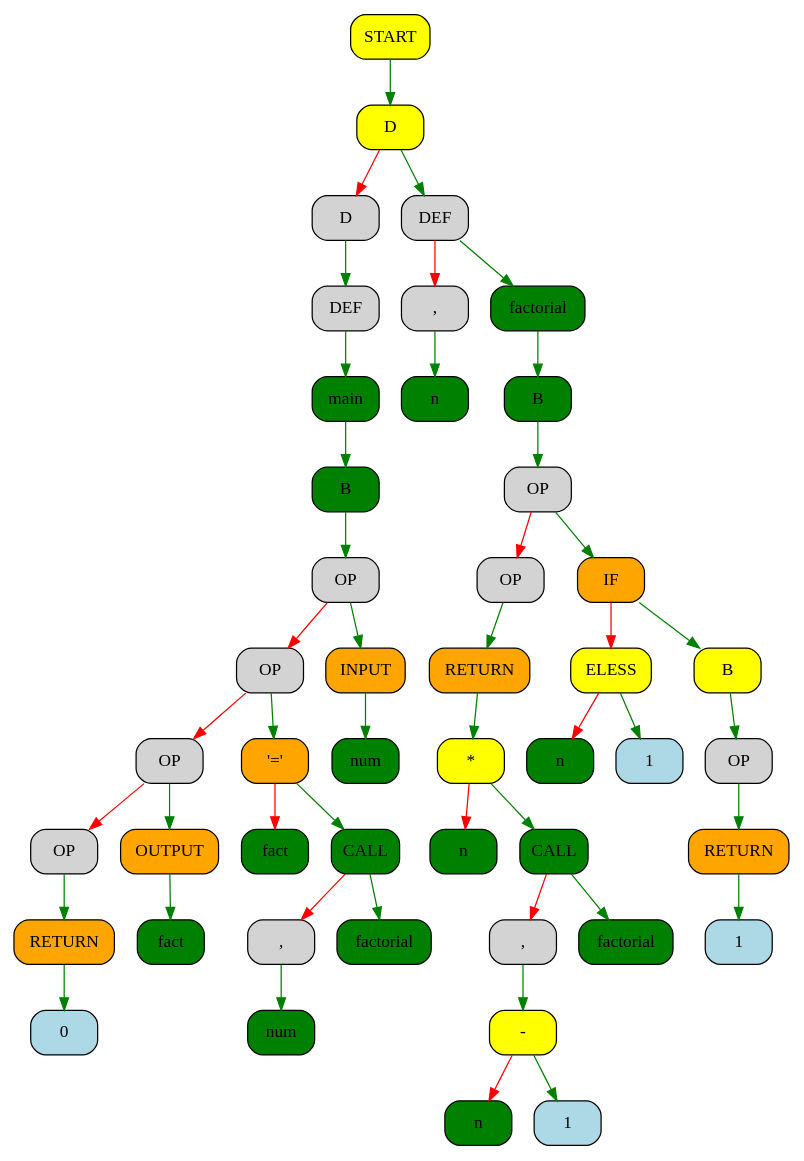
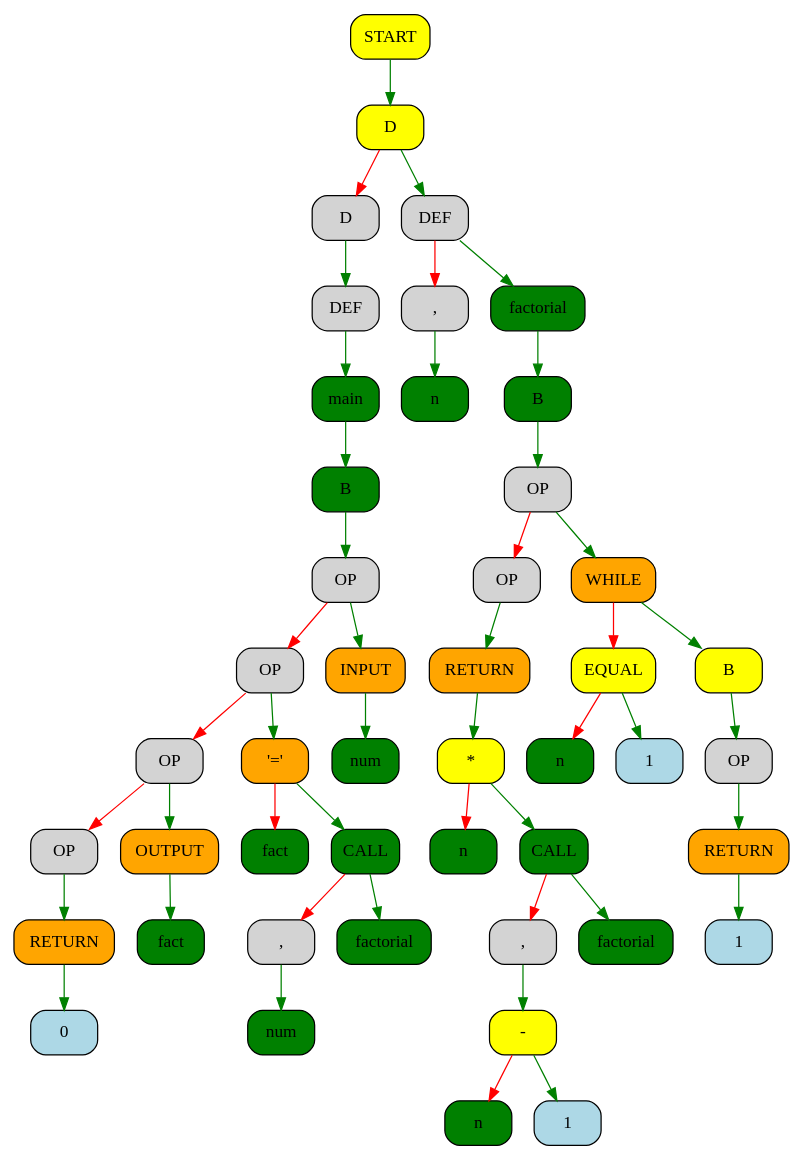
The diagram in equation_print.gv (kostya2709/New_Roman), drawn with Graphviz before and after one commit. The commit also changed 16 other files, not shown here.

```diff
--- a/equation_print.gv
+++ b/equation_print.gv
@@ -1,94 +1,94 @@
 digraph First{
 node [shape="Mrecord", style="filled", fillcolor="lightblue"];
-"box1c5c2550" [fillcolor="yellow",label="START"];
-"box1c5c35d0" [fillcolor="yellow",label="D"];
-"box1c5c2550" -> "box1c5c35d0"[color="green"];
-"box1c5c4240" [fillcolor="",label="D"];
-"box1c5c35d0" -> "box1c5c4240"[color="red"];
-"box1c5c4aa0" [fillcolor="",label="DEF"];
-"box1c5c4240" -> "box1c5c4aa0"[color="green"];
-"box1c5c5300" [fillcolor="green",label="main"];
-"box1c5c4aa0" -> "box1c5c5300"[color="green"];
-"box1c5c5b60" [fillcolor="green",label="B"];
-"box1c5c5300" -> "box1c5c5b60"[color="green"];
-"box1c5c63c0" [fillcolor="",label="OP"];
-"box1c5c5b60" -> "box1c5c63c0"[color="green"];
-"box1c5c6810" [fillcolor="",label="OP"];
-"box1c5c63c0" -> "box1c5c6810"[color="red"];
-"box1c5c6c60" [fillcolor="",label="OP"];
-"box1c5c6810" -> "box1c5c6c60"[color="red"];
-"box1c5c70b0" [fillcolor="",label="OP"];
-"box1c5c6c60" -> "box1c5c70b0"[color="red"];
-"box1c5c7910" [fillcolor="orange",label="RETURN"];
-"box1c5c70b0" -> "box1c5c7910"[color="green"];
-"box1c5c8170" [label="0"];
-"box1c5c7910" -> "box1c5c8170"[color="green"];
-"box1c5c9600" [fillcolor="orange",label="OUTPUT"];
-"box1c5c6c60" -> "box1c5c9600"[color="green"];
-"box1c5c9e60" [fillcolor="green",label="fact"];
-"box1c5c9600" -> "box1c5c9e60"[color="green"];
-"box1c5cb2f0" [fillcolor="orange",label="'='"];
-"box1c5c6810" -> "box1c5cb2f0"[color="green"];
-"box1c5cb740" [fillcolor="green",label="fact"];
-"box1c5cb2f0" -> "box1c5cb740"[color="red"];
-"box1c5ccbd0" [fillcolor="green",label="CALL"];
-"box1c5cb2f0" -> "box1c5ccbd0"[color="green"];
-"box1c5cd020" [fillcolor="",label=","];
-"box1c5ccbd0" -> "box1c5cd020"[color="red"];
-"box1c5cd880" [fillcolor="green",label="num"];
-"box1c5cd020" -> "box1c5cd880"[color="green"];
-"box1c5ced10" [fillcolor="green",label="factorial"];
-"box1c5ccbd0" -> "box1c5ced10"[color="green"];
-"box1c5cf980" [fillcolor="orange",label="INPUT"];
-"box1c5c63c0" -> "box1c5cf980"[color="green"];
-"box1c5d01e0" [fillcolor="green",label="num"];
-"box1c5cf980" -> "box1c5d01e0"[color="green"];
-"box1c5d1670" [fillcolor="",label="DEF"];
-"box1c5c35d0" -> "box1c5d1670"[color="green"];
-"box1c5d1ac0" [fillcolor="",label=","];
-"box1c5d1670" -> "box1c5d1ac0"[color="red"];
-"box1c5d2320" [fillcolor="green",label="n"];
-"box1c5d1ac0" -> "box1c5d2320"[color="green"];
-"box1c5d37b0" [fillcolor="green",label="factorial"];
-"box1c5d1670" -> "box1c5d37b0"[color="green"];
-"box1c5d4010" [fillcolor="green",label="B"];
-"box1c5d37b0" -> "box1c5d4010"[color="green"];
-"box1c5d4870" [fillcolor="",label="OP"];
-"box1c5d4010" -> "box1c5d4870"[color="green"];
-"box1c5d4cc0" [fillcolor="",label="OP"];
-"box1c5d4870" -> "box1c5d4cc0"[color="red"];
-"box1c5d5520" [fillcolor="orange",label="RETURN"];
-"box1c5d4cc0" -> "box1c5d5520"[color="green"];
-"box1c5d5d80" [fillcolor="yellow",label="*"];
-"box1c5d5520" -> "box1c5d5d80"[color="green"];
-"box1c5d61d0" [fillcolor="green",label="n"];
-"box1c5d5d80" -> "box1c5d61d0"[color="red"];
-"box1c5d7660" [fillcolor="green",label="CALL"];
-"box1c5d5d80" -> "box1c5d7660"[color="green"];
-"box1c5d7ab0" [fillcolor="",label=","];
-"box1c5d7660" -> "box1c5d7ab0"[color="red"];
-"box1c5d8310" [fillcolor="yellow",label="-"];
-"box1c5d7ab0" -> "box1c5d8310"[color="green"];
-"box1c5d8760" [fillcolor="green",label="n"];
-"box1c5d8310" -> "box1c5d8760"[color="red"];
-"box1c5d9bf0" [label="1"];
-"box1c5d8310" -> "box1c5d9bf0"[color="green"];
-"box1c5db080" [fillcolor="green",label="factorial"];
-"box1c5d7660" -> "box1c5db080"[color="green"];
-"box1c5dbcf0" [fillcolor="orange",label="IF"];
-"box1c5d4870" -> "box1c5dbcf0"[color="green"];
-"box1c5dc140" [fillcolor="yellow",label="ELESS"];
-"box1c5dbcf0" -> "box1c5dc140"[color="red"];
-"box1c5dc590" [fillcolor="green",label="n"];
-"box1c5dc140" -> "box1c5dc590"[color="red"];
-"box1c5dda20" [label="1"];
-"box1c5dc140" -> "box1c5dda20"[color="green"];
-"box1c5deeb0" [fillcolor="yellow",label="B"];
-"box1c5dbcf0" -> "box1c5deeb0"[color="green"];
-"box1c5df710" [fillcolor="",label="OP"];
-"box1c5deeb0" -> "box1c5df710"[color="green"];
-"box1c5dff70" [fillcolor="orange",label="RETURN"];
-"box1c5df710" -> "box1c5dff70"[color="green"];
-"box1c5e07d0" [label="1"];
-"box1c5dff70" -> "box1c5e07d0"[color="green"];
+"box855b12b0" [fillcolor="yellow",label="START"];
+"box855b2330" [fillcolor="yellow",label="D"];
+"box855b12b0" -> "box855b2330"[color="green"];
+"box855b2fa0" [fillcolor="",label="D"];
+"box855b2330" -> "box855b2fa0"[color="red"];
+"box855b3800" [fillcolor="",label="DEF"];
+"box855b2fa0" -> "box855b3800"[color="green"];
+"box855b4060" [fillcolor="green",label="main"];
+"box855b3800" -> "box855b4060"[color="green"];
+"box855b48c0" [fillcolor="green",label="B"];
+"box855b4060" -> "box855b48c0"[color="green"];
+"box855b5120" [fillcolor="",label="OP"];
+"box855b48c0" -> "box855b5120"[color="green"];
+"box855b5570" [fillcolor="",label="OP"];
+"box855b5120" -> "box855b5570"[color="red"];
+"box855b59c0" [fillcolor="",label="OP"];
+"box855b5570" -> "box855b59c0"[color="red"];
+"box855b5e10" [fillcolor="",label="OP"];
+"box855b59c0" -> "box855b5e10"[color="red"];
+"box855b6670" [fillcolor="orange",label="RETURN"];
+"box855b5e10" -> "box855b6670"[color="green"];
+"box855b6ed0" [label="0"];
+"box855b6670" -> "box855b6ed0"[color="green"];
+"box855b8360" [fillcolor="orange",label="OUTPUT"];
+"box855b59c0" -> "box855b8360"[color="green"];
+"box855b8bc0" [fillcolor="green",label="fact"];
+"box855b8360" -> "box855b8bc0"[color="green"];
+"box855ba050" [fillcolor="orange",label="'='"];
+"box855b5570" -> "box855ba050"[color="green"];
+"box855ba4a0" [fillcolor="green",label="fact"];
+"box855ba050" -> "box855ba4a0"[color="red"];
+"box855bb930" [fillcolor="green",label="CALL"];
+"box855ba050" -> "box855bb930"[color="green"];
+"box855bbd80" [fillcolor="",label=","];
+"box855bb930" -> "box855bbd80"[color="red"];
+"box855bc5e0" [fillcolor="green",label="num"];
+"box855bbd80" -> "box855bc5e0"[color="green"];
+"box855bda70" [fillcolor="green",label="factorial"];
+"box855bb930" -> "box855bda70"[color="green"];
+"box855be6e0" [fillcolor="orange",label="INPUT"];
+"box855b5120" -> "box855be6e0"[color="green"];
+"box855bef40" [fillcolor="green",label="num"];
+"box855be6e0" -> "box855bef40"[color="green"];
+"box855c03d0" [fillcolor="",label="DEF"];
+"box855b2330" -> "box855c03d0"[color="green"];
+"box855c0820" [fillcolor="",label=","];
+"box855c03d0" -> "box855c0820"[color="red"];
+"box855c1080" [fillcolor="green",label="n"];
+"box855c0820" -> "box855c1080"[color="green"];
+"box855c2510" [fillcolor="green",label="factorial"];
+"box855c03d0" -> "box855c2510"[color="green"];
+"box855c2d70" [fillcolor="green",label="B"];
+"box855c2510" -> "box855c2d70"[color="green"];
+"box855c35d0" [fillcolor="",label="OP"];
+"box855c2d70" -> "box855c35d0"[color="green"];
+"box855c3a20" [fillcolor="",label="OP"];
+"box855c35d0" -> "box855c3a20"[color="red"];
+"box855c4280" [fillcolor="orange",label="RETURN"];
+"box855c3a20" -> "box855c4280"[color="green"];
+"box855c4ae0" [fillcolor="yellow",label="*"];
+"box855c4280" -> "box855c4ae0"[color="green"];
+"box855c4f30" [fillcolor="green",label="n"];
+"box855c4ae0" -> "box855c4f30"[color="red"];
+"box855c63c0" [fillcolor="green",label="CALL"];
+"box855c4ae0" -> "box855c63c0"[color="green"];
+"box855c6810" [fillcolor="",label=","];
+"box855c63c0" -> "box855c6810"[color="red"];
+"box855c7070" [fillcolor="yellow",label="-"];
+"box855c6810" -> "box855c7070"[color="green"];
+"box855c74c0" [fillcolor="green",label="n"];
+"box855c7070" -> "box855c74c0"[color="red"];
+"box855c8950" [label="1"];
+"box855c7070" -> "box855c8950"[color="green"];
+"box855c9de0" [fillcolor="green",label="factorial"];
+"box855c63c0" -> "box855c9de0"[color="green"];
+"box855caa50" [fillcolor="orange",label="WHILE"];
+"box855c35d0" -> "box855caa50"[color="green"];
+"box855caea0" [fillcolor="yellow",label="EQUAL"];
+"box855caa50" -> "box855caea0"[color="red"];
+"box855cb2f0" [fillcolor="green",label="n"];
+"box855caea0" -> "box855cb2f0"[color="red"];
+"box855cc780" [label="1"];
+"box855caea0" -> "box855cc780"[color="green"];
+"box855cdc10" [fillcolor="yellow",label="B"];
+"box855caa50" -> "box855cdc10"[color="green"];
+"box855ce470" [fillcolor="",label="OP"];
+"box855cdc10" -> "box855ce470"[color="green"];
+"box855cecd0" [fillcolor="orange",label="RETURN"];
+"box855ce470" -> "box855cecd0"[color="green"];
+"box855cf530" [label="1"];
+"box855cecd0" -> "box855cf530"[color="green"];
 }
```
